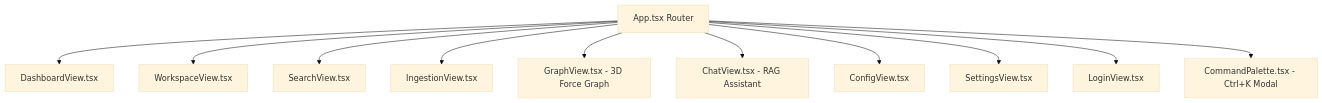
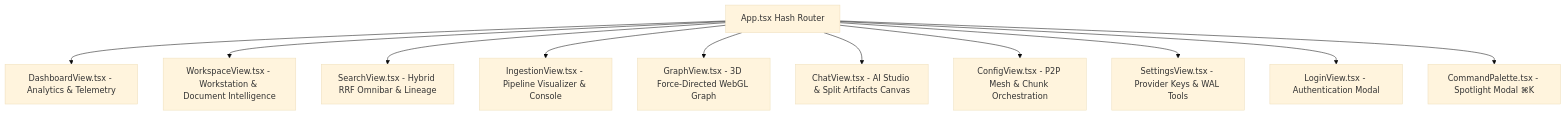
One commit to SavianAlexander/uroboros-knowledge-engine changed the eighth of 8 diagrams in README.md. Above: the diagram before and after it, drawn with Mermaid (base theme). The commit also changed other lines of this file and 2 other files, not shown here.

Commit message:
acrobat: Enhanced luxury in-document interactive canvas with floating micro-actions, on-page sticky note pins, and CliftonStrengths Strategic Talent Matrix [Tududi #1073]

````diff
--- a/README.md
+++ b/README.md
@@ -987,13 +987,13 @@
 ```mermaid
 graph TD
-    App[App.tsx Router] --> Dash[DashboardView.tsx]
-    App --> Workspace[WorkspaceView.tsx]
-    App --> Search[SearchView.tsx]
-    App --> Ingest[IngestionView.tsx]
-    App --> Graph[GraphView.tsx - 3D Force Graph]
-    App --> Chat[ChatView.tsx - RAG Assistant]
-    App --> Config[ConfigView.tsx]
-    App --> Settings[SettingsView.tsx]
-    App --> Login[LoginView.tsx]
-    App --> Cmd[CommandPalette.tsx - Ctrl+K Modal]
+    App[App.tsx Hash Router] --> Dash[DashboardView.tsx - Analytics & Telemetry]
+    App --> Workspace[WorkspaceView.tsx - Workstation & Document Intelligence]
+    App --> Search[SearchView.tsx - Hybrid RRF Omnibar & Lineage]
+    App --> Ingest[IngestionView.tsx - Pipeline Visualizer & Console]
+    App --> Graph[GraphView.tsx - 3D Force-Directed WebGL Graph]
+    App --> Chat[ChatView.tsx - AI Studio & Split Artifacts Canvas]
+    App --> Config[ConfigView.tsx - P2P Mesh & Chunk Orchestration]
+    App --> Settings[SettingsView.tsx - Provider Keys & WAL Tools]
+    App --> Login[LoginView.tsx - Authentication Modal]
+    App --> Cmd[CommandPalette.tsx - Spotlight Modal ⌘K]
 ```
````
